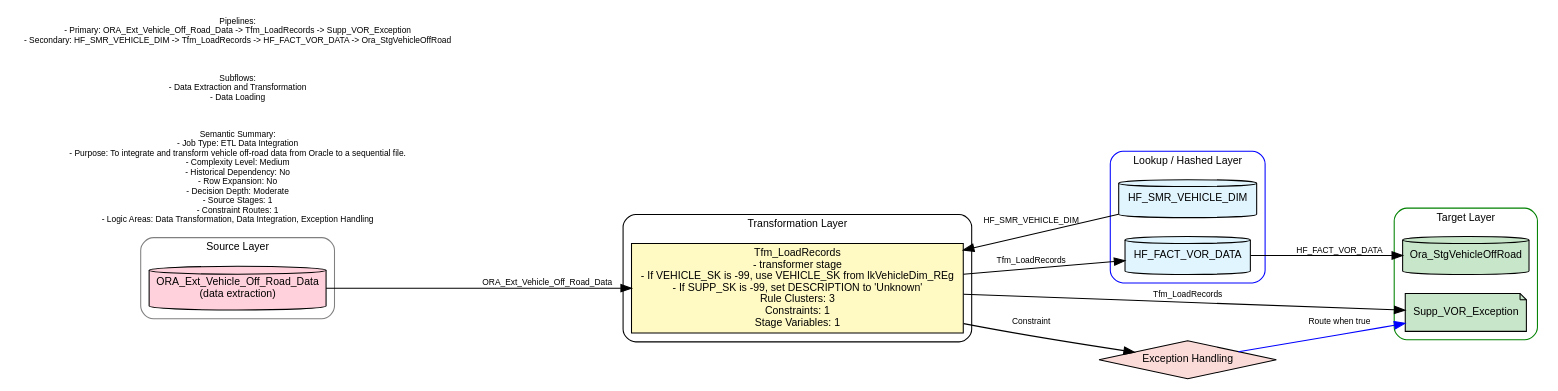
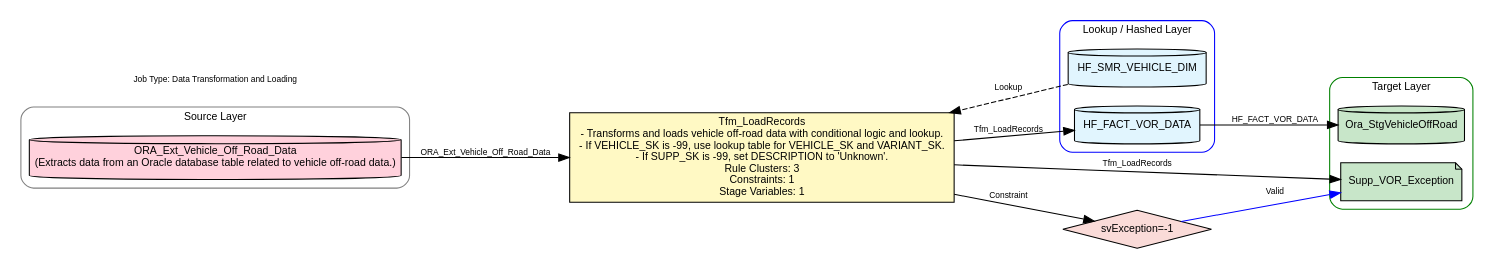
The diagram in Sample_Job1_1_2_detailed_pseudocode_detailed.dot (sr606/DataModeller), drawn with Graphviz before and after one commit. The commit also changed 1 other file, not shown here.

```diff
--- a/Sample_Job1_1_2_detailed_pseudocode_detailed.dot
+++ b/Sample_Job1_1_2_detailed_pseudocode_detailed.dot
@@ -1,48 +1,52 @@
 digraph Sample_Job1_1_2_detailed_pseudocode_detailed {
 rankdir=LR;
 fontsize=10;
 fontname="Arial";
 node [fontname="Arial", fontsize=10, style=filled];
 edge [fontname="Arial", fontsize=8];
 
 subgraph cluster_source {
 label="Source Layer";
 style=rounded;
 color=grey;
-ORA_Ext_Vehicle_Off_Road_Data [label="ORA_Ext_Vehicle_Off_Road_Data\n(data extraction)", shape=cylinder, fillcolor="#FFD1DC"];
+ORA_Ext_Vehicle_Off_Road_Data [label="ORA_Ext_Vehicle_Off_Road_Data\n(Extracts data from an Oracle database table related to vehicle off-road data.)", shape=cylinder, fillcolor="#FFD1DC"];
 }
 
 subgraph cluster_lookup {
 label="Lookup / Hashed Layer";
 style=rounded;
 color=blue;
 HF_FACT_VOR_DATA [label="HF_FACT_VOR_DATA", shape=cylinder, fillcolor="#E1F5FE"];
 HF_SMR_VEHICLE_DIM [label="HF_SMR_VEHICLE_DIM", shape=cylinder, fillcolor="#E1F5FE"];
 }
+subgraph cluster_lookup_near_1 {
+rank=same;
+style=invis;
+HF_SMR_VEHICLE_DIM;
+Tfm_LoadRecords;
+}
 
 subgraph cluster_processing {
 label="Transformation Layer";
 style=rounded;
 color=black;
-Tfm_LoadRecords [label="Tfm_LoadRecords\n- transformer stage\n- If VEHICLE_SK is -99, use VEHICLE_SK from lkVehicleDim_REg\n- If SUPP_SK is -99, set DESCRIPTION to 'Unknown'\nRule Clusters: 3\nConstraints: 1\nStage Variables: 1", shape=box, fillcolor="#FFF9C4"];
+Tfm_LoadRecords [label="Tfm_LoadRecords\n- Transforms and loads vehicle off-road data with conditional logic and lookup.\n- If VEHICLE_SK is -99, use lookup table for VEHICLE_SK and VARIANT_SK.\n- If SUPP_SK is -99, set DESCRIPTION to 'Unknown'.\nRule Clusters: 3\nConstraints: 1\nStage Variables: 1", shape=box, fillcolor="#FFF9C4"];
 }
 
 subgraph cluster_target {
 label="Target Layer";
 style=rounded;
 color=green;
 Ora_StgVehicleOffRoad [label="Ora_StgVehicleOffRoad", shape=cylinder, fillcolor="#C8E6C9"];
 Supp_VOR_Exception [label="Supp_VOR_Exception", shape=note, fillcolor="#C8E6C9"];
 }
 HF_FACT_VOR_DATA -> Ora_StgVehicleOffRoad [label="HF_FACT_VOR_DATA"];
 Tfm_LoadRecords -> HF_FACT_VOR_DATA [label="Tfm_LoadRecords"];
 ORA_Ext_Vehicle_Off_Road_Data -> Tfm_LoadRecords [label="ORA_Ext_Vehicle_Off_Road_Data"];
-HF_SMR_VEHICLE_DIM -> Tfm_LoadRecords [label="HF_SMR_VEHICLE_DIM"];
+HF_SMR_VEHICLE_DIM -> Tfm_LoadRecords [label="Lookup", style=dashed];
 Tfm_LoadRecords -> Supp_VOR_Exception [label="Tfm_LoadRecords"];
-Tfm_LoadRecords_decision_1 [shape=diamond, label="Exception Handling", fillcolor="#FADBD8"];
+Tfm_LoadRecords_decision_1 [shape=diamond, label="svException=-1", fillcolor="#FADBD8"];
 Tfm_LoadRecords -> Tfm_LoadRecords_decision_1 [label="Constraint"];
-Tfm_LoadRecords_decision_1 -> Supp_VOR_Exception [label="Route when true", color=blue];
-Note1 [shape=plaintext, label="Semantic Summary:\n- Job Type: ETL Data Integration\n- Purpose: To integrate and transform vehicle off-road data from Oracle to a sequential file.\n- Complexity Level: Medium\n- Historical Dependency: No\n- Row Expansion: No\n- Decision Depth: Moderate\n- Source Stages: 1\n- Constraint Routes: 1\n- Logic Areas: Data Transformation, Data Integration, Exception Handling", fontsize=8, fillcolor="white"];
-Note2 [shape=plaintext, label="Subflows:\n- Data Extraction and Transformation\n- Data Loading", fontsize=8, fillcolor="white"];
-Note3 [shape=plaintext, label="Pipelines:\n- Primary: ORA_Ext_Vehicle_Off_Road_Data -> Tfm_LoadRecords -> Supp_VOR_Exception\n- Secondary: HF_SMR_VEHICLE_DIM -> Tfm_LoadRecords -> HF_FACT_VOR_DATA -> Ora_StgVehicleOffRoad", fontsize=8, fillcolor="white"];
+Tfm_LoadRecords_decision_1 -> Supp_VOR_Exception [label="Valid", color=blue];
+Note1 [shape=plaintext, label="Job Type: Data Transformation and Loading", fontsize=8, fillcolor="white"];
 }
```
